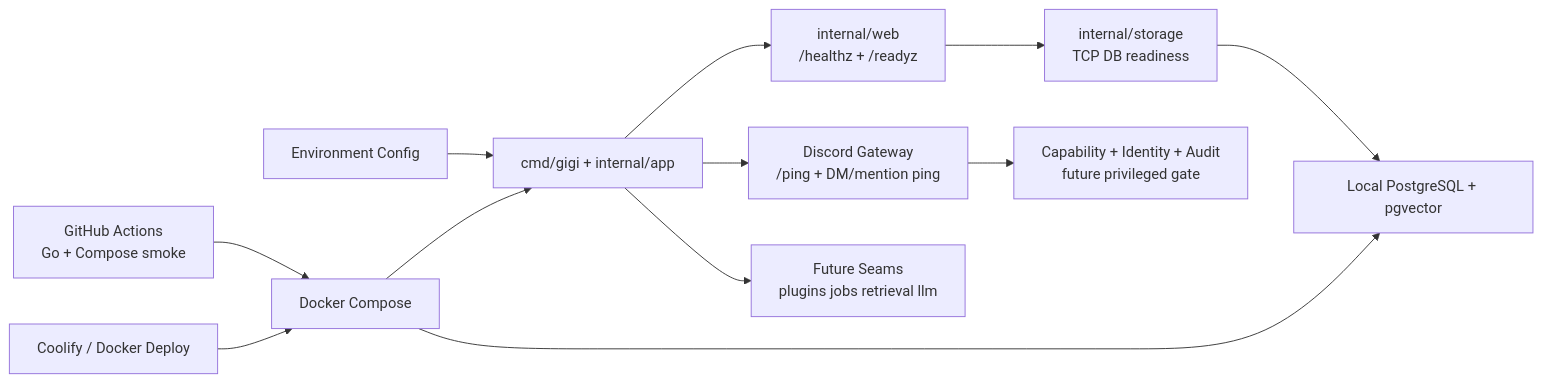
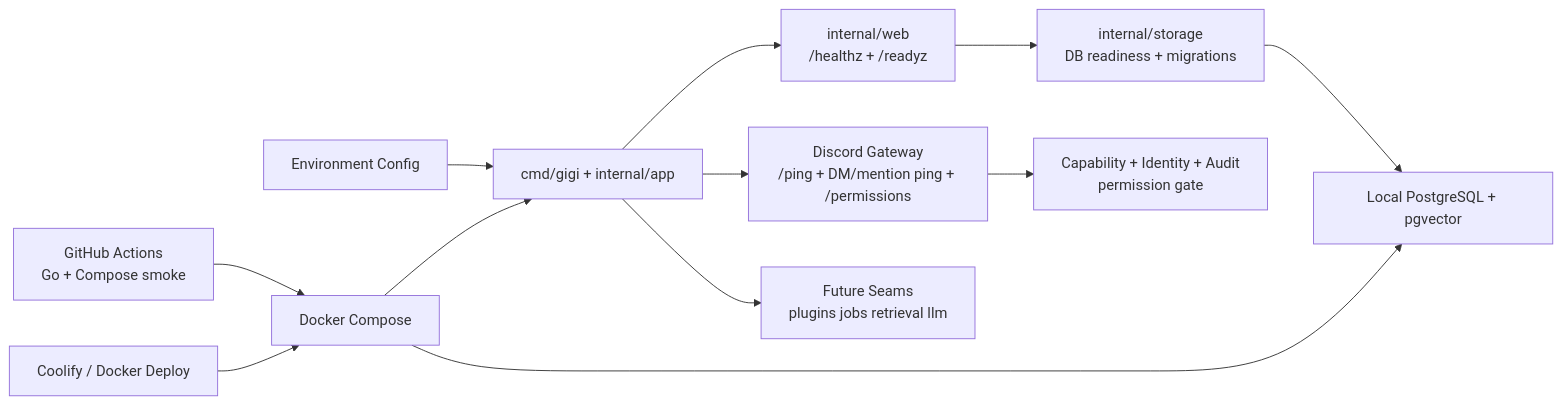
The diagram in docs/diagrams/system-overview.md (gOps132/GigiDC), drawn with Mermaid before and after one commit. The commit also changed other lines of this file and 36 other files, not shown here.

Commit message:
feat: add discord permission grants

````diff
--- a/docs/diagrams/system-overview.md
+++ b/docs/diagrams/system-overview.md
@@ -10,26 +10,26 @@
 ```mermaid
 flowchart LR
   Env["Environment Config"]
   App["cmd/gigi + internal/app"]
   Web["internal/web<br/>/healthz + /readyz"]
-  Ready["internal/storage<br/>TCP DB readiness"]
+  Ready["internal/storage<br/>DB readiness + migrations"]
   DB["Local PostgreSQL + pgvector"]
-  Discord["Discord Gateway<br/>/ping + DM/mention ping"]
-  Security["Capability + Identity + Audit<br/>future privileged gate"]
+  Discord["Discord Gateway<br/>/ping + DM/mention ping + /permissions"]
+  Security["Capability + Identity + Audit<br/>permission gate"]
   Seams["Future Seams<br/>plugins jobs retrieval llm"]
   Compose["Docker Compose"]
   CI["GitHub Actions<br/>Go + Compose smoke"]
   Deploy["Coolify / Docker Deploy"]
 
   Env --> App
   App --> Web
   App --> Discord
   Discord --> Security
   Web --> Ready
   Ready --> DB
   App --> Seams
   Compose --> App
   Compose --> DB
   CI --> Compose
   Deploy --> Compose
 ```
````
